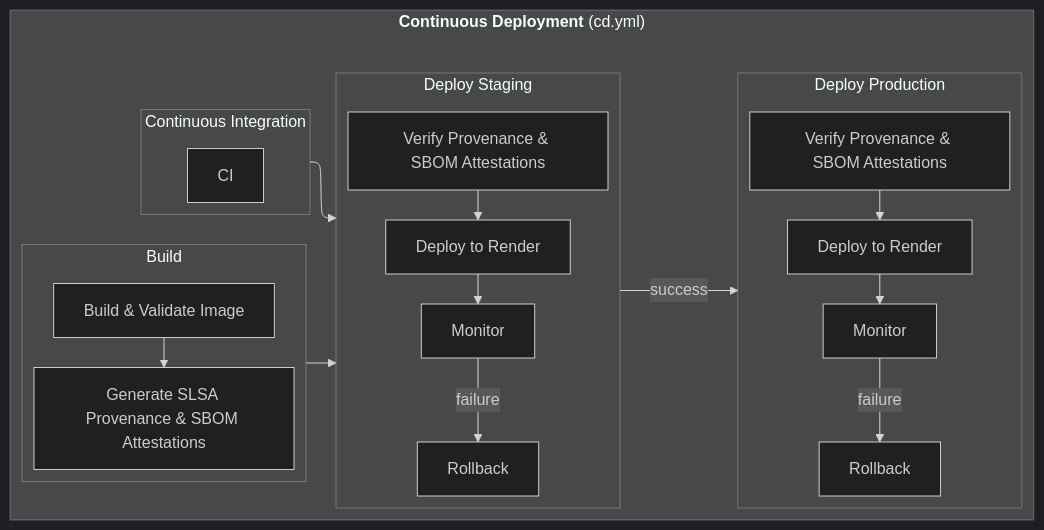
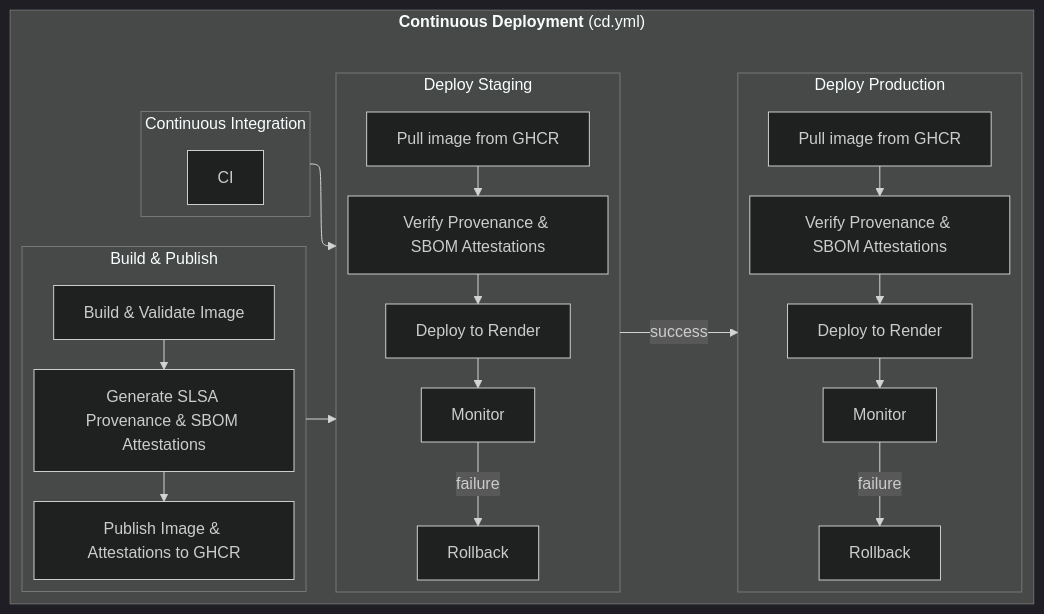
One commit to JohnStephens1/ci-cd-playground changed the second of 3 diagrams in README.md. Above: the diagram before and after it, drawn with Mermaid (dark theme).

Commit message:
chore(docs): extend CD chart

````diff
--- a/README.md
+++ b/README.md
@@ -98,51 +98,55 @@
 ```mermaid
 ---
 config:
   layout: elk
   elk:
     nodePlacementAlignment: BALANCED
 ---
 flowchart TB
   subgraph cd["<b>Continuous Deployment</b> (cd.yml)"]
     direction LR
 
     subgraph ci["Continuous Integration"]
       cii["CI"]
     end
 
-    subgraph build["Build"]
+    subgraph build["Build & Publish"]
       direction TB
 
       build_val["Build & Validate Image"]
       gen_pov["Generate SLSA Provenance & SBOM Attestations"]
+      publish["Publish Image & Attestations to GHCR"]
 
       build_val --> gen_pov
+      gen_pov --> publish
     end
 
     subgraph deploy_staging["Deploy Staging"]
       direction TB
 
+      pull_s["Pull image from GHCR"]
       verify_s["Verify Provenance & SBOM Attestations"]
       deploy_s["Deploy to Render"]
       monitor_s["Monitor"]
       rollback_s["Rollback"]
 
-      verify_s --> deploy_s --> monitor_s -->|failure| rollback_s
+      pull_s --> verify_s --> deploy_s --> monitor_s -->|failure| rollback_s
     end
 
     subgraph deploy_production["Deploy Production"]
       direction TB
 
+      pull_p["Pull image from GHCR"]
       verify_p["Verify Provenance & SBOM Attestations"]
       deploy_p["Deploy to Render"]
       monitor_p["Monitor"]
       rollback_p["Rollback"]
 
-      verify_p --> deploy_p --> monitor_p -->|failure| rollback_p
+      pull_p --> verify_p --> deploy_p --> monitor_p -->|failure| rollback_p
     end
 
     build --> deploy_staging
     ci --> deploy_staging
     deploy_staging -->|success| deploy_production
   end
 ```
````
